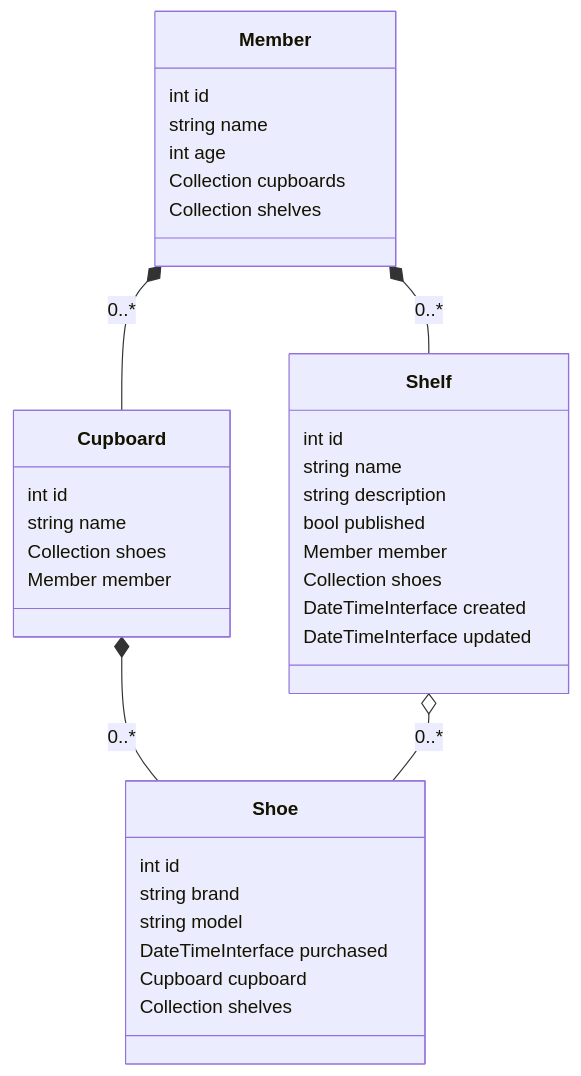
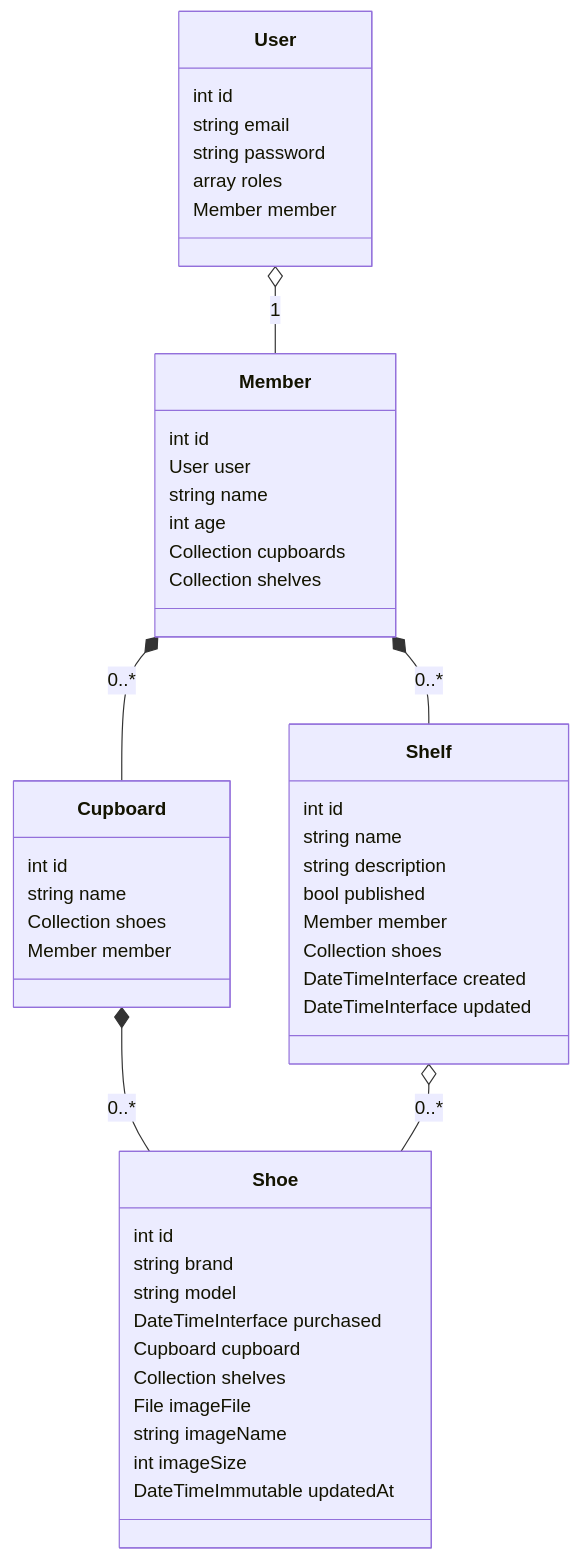
The diagram in README.md (FABallemand/ProjetDeveloppementWeb), drawn with Mermaid before and after one commit. The commit also changed other lines of this file, not shown here.

````diff
--- a/README.md
+++ b/README.md
@@ -23,30 +26,41 @@
 ```mermaid
 classDiagram
 Member *-- Cupboard : 0..*
 Member *-- Shelf : 0..*
 Cupboard *-- Shoe : 0..*
 Shelf o-- Shoe : 0..*
+User o-- Member : 1
+User : int id
+User : string email
+User : string password
+User : array roles
+User : Member member
 Member : int id
+Member : User user
 Member : string name
 Member : int age
 Member : Collection cupboards
 Member : Collection shelves
 Cupboard : int id
 Cupboard : string name
 Cupboard : Collection shoes
 Cupboard : Member member
 Shoe : int id
 Shoe : string brand
 Shoe : string model
 Shoe : DateTimeInterface purchased
 Shoe : Cupboard cupboard
 Shoe : Collection shelves
+Shoe : File imageFile
+Shoe : string imageName
+Shoe : int imageSize
+Shoe : DateTimeImmutable updatedAt
 Shelf : int id
 Shelf : string name
 Shelf : string description
 Shelf : bool published
 Shelf : Member member
 Shelf : Collection shoes
 Shelf : DateTimeInterface created
 Shelf : DateTimeInterface updated
 ```
````
